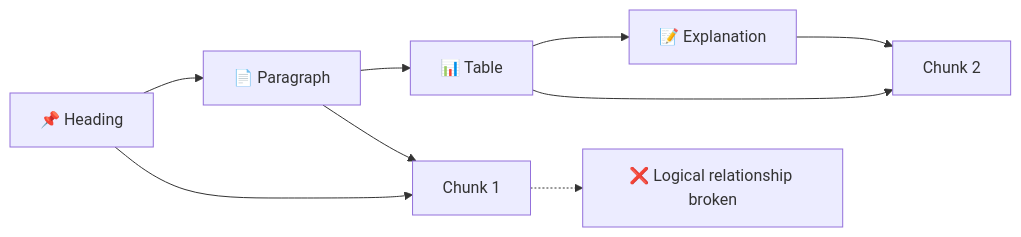
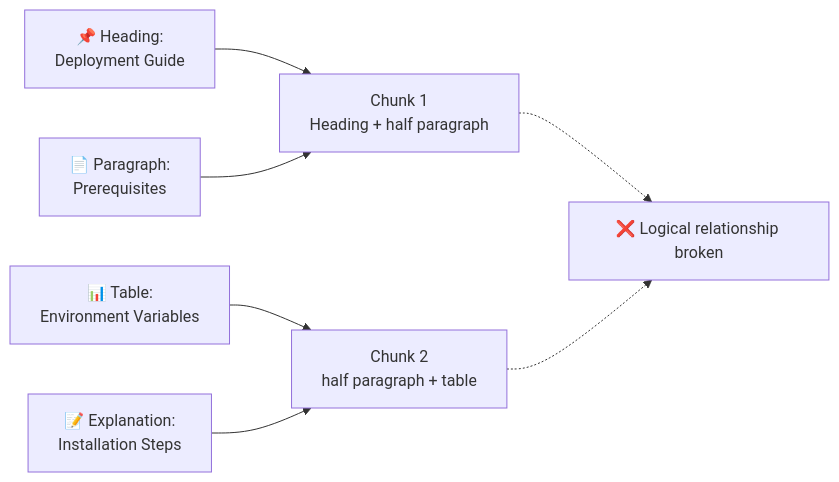
Before and after one commit to Amie-dev/FDE-and-GenAI-Mastery: the fourth of 14 diagrams in Lecture 18 - Vectorless RAG and LLM Wiki/notes/01_limitations_vector_rag_chunking.md, drawn with Mermaid. The commit also changed other lines of this file and 6 other files, not shown here.

````diff
--- a/Lecture 18 - Vectorless RAG and LLM Wiki/notes/01_limitations_vector_rag_chunking.md
+++ b/Lecture 18 - Vectorless RAG and LLM Wiki/notes/01_limitations_vector_rag_chunking.md
@@ -227,15 +314,17 @@
 ```mermaid
 flowchart LR
 
-    H["📌 Heading"] --> P["📄 Paragraph"]
-    P --> T["📊 Table"]
-    T --> E["📝 Explanation"]
+    H["📌 Heading:<br/>Deployment Guide"]
+    P["📄 Paragraph:<br/>Prerequisites"]
+    T["📊 Table:<br/>Environment Variables"]
+    E["📝 Explanation:<br/>Installation Steps"]
 
-    H --> X1["Chunk 1"]
+    H --> X1["Chunk 1<br/>Heading + half paragraph"]
     P --> X1
 
-    T --> X2["Chunk 2"]
+    T --> X2["Chunk 2<br/>half paragraph + table"]
     E --> X2
 
     X1 -.-> BROKEN["❌ Logical relationship broken"]
+    X2 -.-> BROKEN
 ```
````
